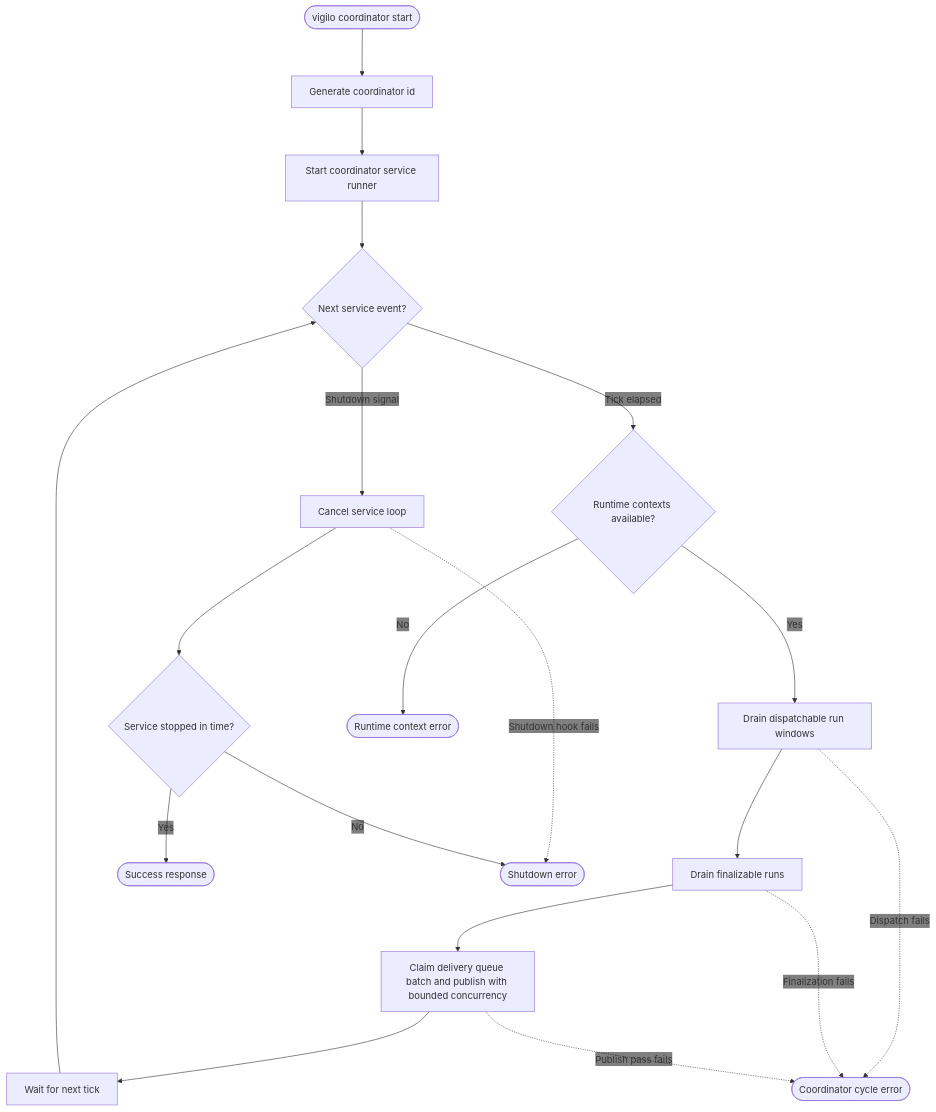
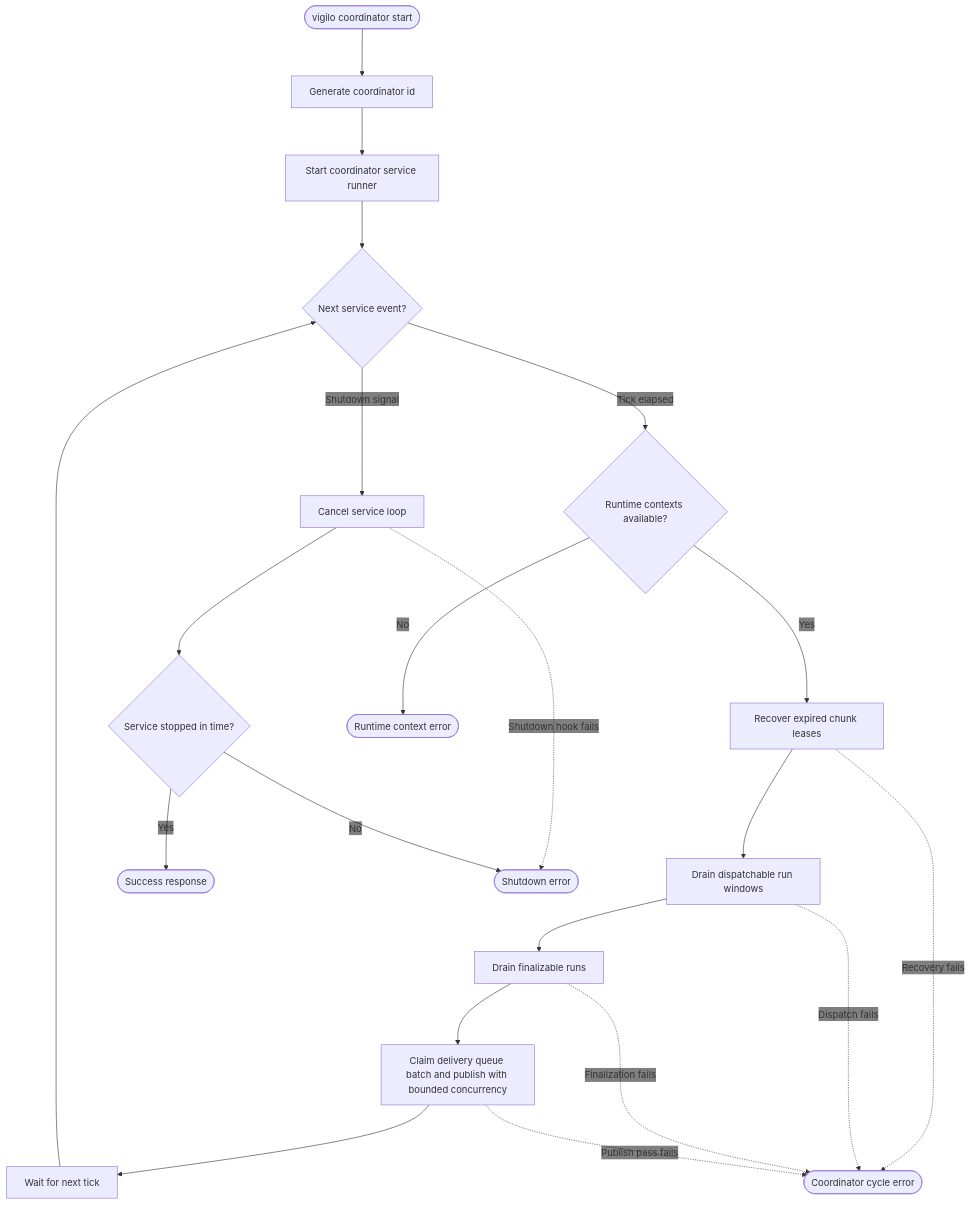
Before and after one commit to gregl83/agent-vigilo: the diagram in web/docs/architecture/flows/coordinator/start/decision-flow.mmd, drawn with Mermaid. The commit also changed 16 other files, not shown here.

Commit message:
add crdtr handling for expired chunk leases

```diff
--- a/web/docs/architecture/flows/coordinator/start/decision-flow.mmd
+++ b/web/docs/architecture/flows/coordinator/start/decision-flow.mmd
@@ -1,59 +1,63 @@
 ---
 config:
   flowchart:
     nodeSpacing: 150
     rankSpacing: 80
   themeVariables:
     edgeLabelBackground: 'transparent'
 ---
 flowchart TD
     Start([vigilo coordinator start])
 
     CoordinatorId[Generate coordinator id]
     Runner[Start coordinator service runner]
     Event{Next service event?}
     Contexts{Runtime contexts available?}
+    Recover[Recover expired chunk leases]
     Dispatch[Drain dispatchable run windows]
     Finalize[Drain finalizable runs]
     Outbox[Claim delivery queue batch and publish with bounded concurrency]
     Wait[Wait for next tick]
     Shutdown[Cancel service loop]
     Stop{Service stopped in time?}
 
     Success([Success response])
 
     ContextFail([Runtime context error])
     CycleFail([Coordinator cycle error])
     ShutdownFail([Shutdown error])
 
     Start --> CoordinatorId
     CoordinatorId --> Runner
     Runner --> Event
 
     Event -- Tick elapsed --> Contexts
     Event -- Shutdown signal --> Shutdown
 
     Contexts -- No --> ContextFail
-    Contexts -- Yes --> Dispatch
+    Contexts -- Yes --> Recover
+
+    Recover --> Dispatch
+    Recover -. Recovery fails .-> CycleFail
 
     Dispatch --> Finalize
     Dispatch -. Dispatch fails .-> CycleFail
 
     Finalize --> Outbox
     Finalize -. Finalization fails .-> CycleFail
 
     Outbox --> Wait
     Outbox -. Publish pass fails .-> CycleFail
 
     Wait --> Event
 
     Shutdown --> Stop
     Shutdown -. Shutdown hook fails .-> ShutdownFail
 
     Stop -- Yes --> Success
     Stop -- No --> ShutdownFail
 
     class Start command
     class Success success
-    class CoordinatorId,Runner,Event,Contexts,Dispatch,Finalize,Outbox,Wait,Shutdown,Stop system
+    class CoordinatorId,Runner,Event,Contexts,Recover,Dispatch,Finalize,Outbox,Wait,Shutdown,Stop system
     class ContextFail,CycleFail,ShutdownFail error
```
